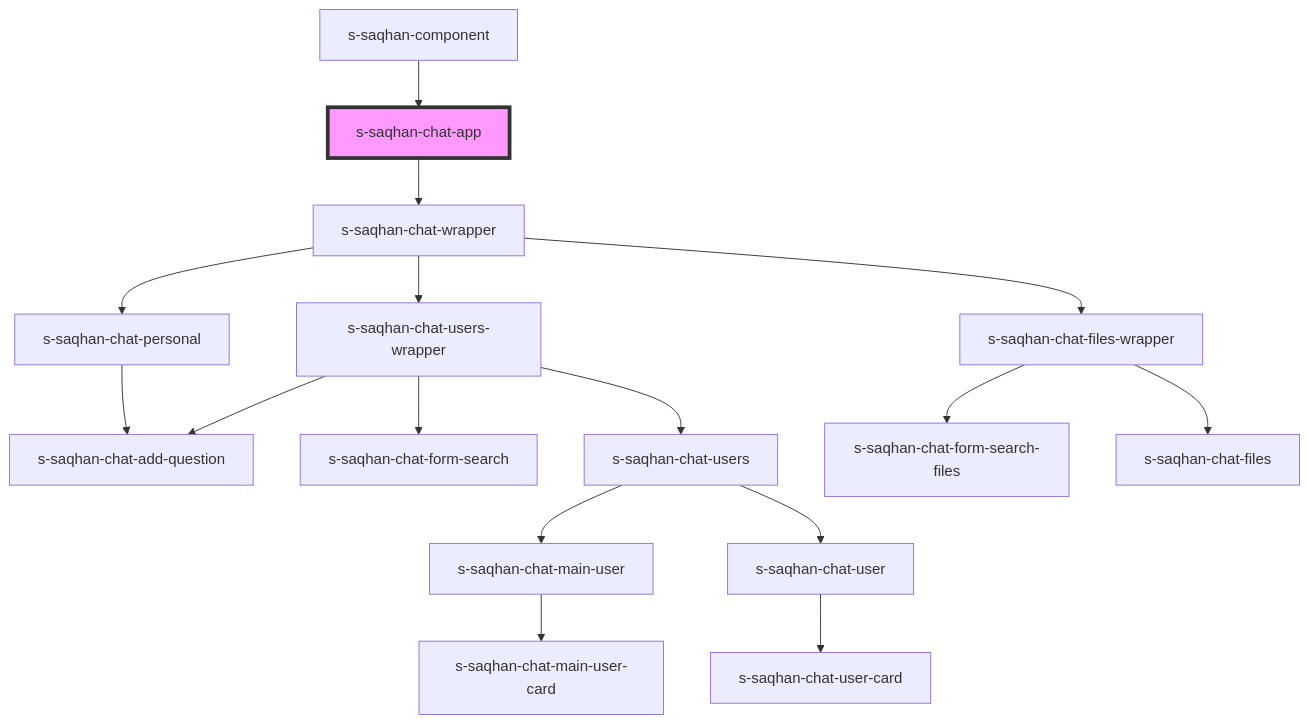
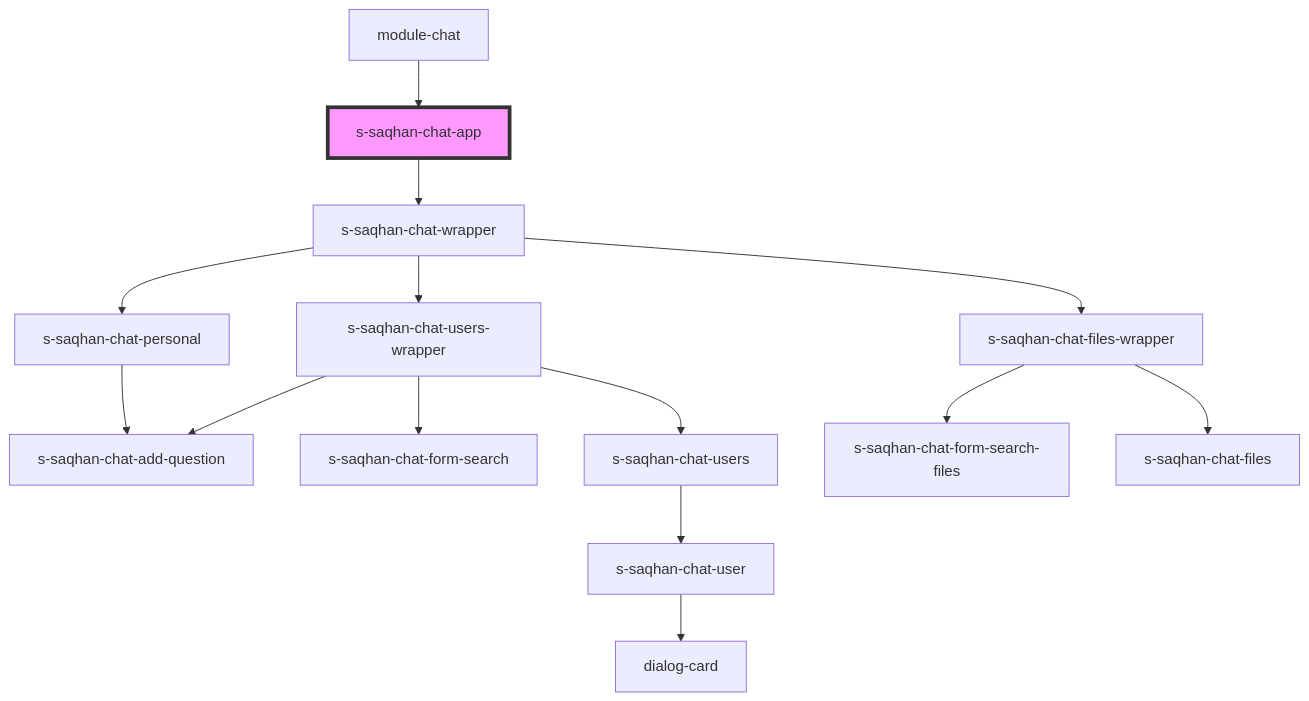
Before and after one commit to saqhan/stencil-chat: the diagram in src/components/module/module-chat/res/view/s-saqhan-chat-app/readme.md, drawn with Mermaid. The commit also changed other lines of this file and 19 other files, not shown here.

````diff
--- a/src/components/module/module-chat/res/view/s-saqhan-chat-app/readme.md
+++ b/src/components/module/module-chat/res/view/s-saqhan-chat-app/readme.md
@@ -38,19 +38,17 @@
 ```mermaid
 graph TD;
   s-saqhan-chat-app --> s-saqhan-chat-wrapper
   s-saqhan-chat-wrapper --> s-saqhan-chat-personal
   s-saqhan-chat-wrapper --> s-saqhan-chat-users-wrapper
   s-saqhan-chat-wrapper --> s-saqhan-chat-files-wrapper
   s-saqhan-chat-personal --> s-saqhan-chat-add-question
   s-saqhan-chat-users-wrapper --> s-saqhan-chat-form-search
   s-saqhan-chat-users-wrapper --> s-saqhan-chat-users
   s-saqhan-chat-users-wrapper --> s-saqhan-chat-add-question
-  s-saqhan-chat-users --> s-saqhan-chat-main-user
   s-saqhan-chat-users --> s-saqhan-chat-user
-  s-saqhan-chat-main-user --> s-saqhan-chat-main-user-card
-  s-saqhan-chat-user --> s-saqhan-chat-user-card
+  s-saqhan-chat-user --> dialog-card
   s-saqhan-chat-files-wrapper --> s-saqhan-chat-form-search-files
   s-saqhan-chat-files-wrapper --> s-saqhan-chat-files
-  s-saqhan-component --> s-saqhan-chat-app
+  module-chat --> s-saqhan-chat-app
   style s-saqhan-chat-app fill:#f9f,stroke:#333,stroke-width:4px
 ```
````
